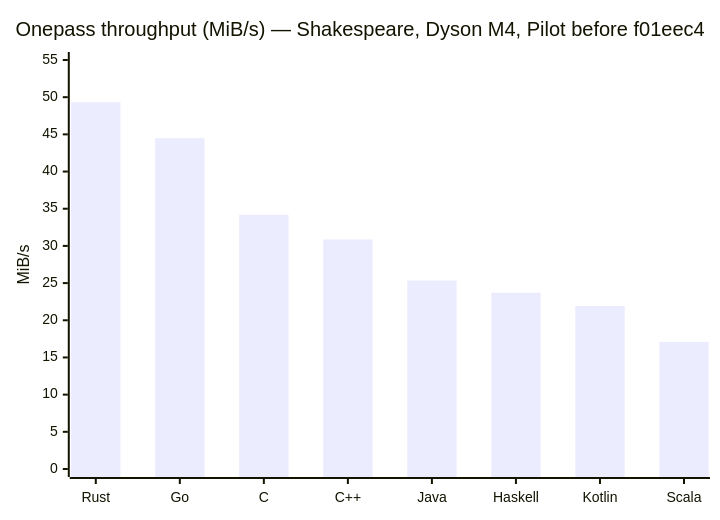
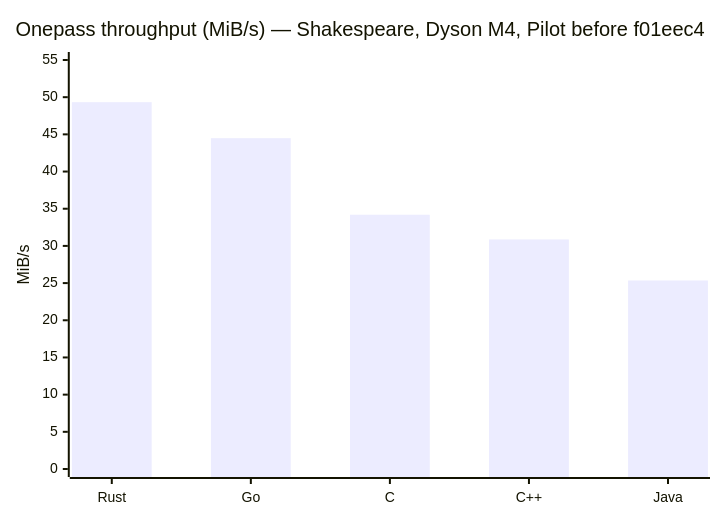
Before and after one commit to darrelllong/Delta-Compression: the third of 10 diagrams in ANALYSIS.md, drawn with Mermaid. The commit also changed other lines of this file and 6 other files, not shown here.

First line of the commit message:
Benchmarks: remove Haskell, Kotlin and Scala

````diff
--- a/ANALYSIS.md
+++ b/ANALYSIS.md
@@ -534,7 +483,7 @@
 ```mermaid
 xychart-beta
     title "Onepass throughput (MiB/s) — Shakespeare, Dyson M4, Pilot before f01eec4"
-    x-axis ["Rust", "Go", "C", "C++", "Java", "Haskell", "Kotlin", "Scala"]
+    x-axis ["Rust", "Go", "C", "C++", "Java"]
     y-axis "MiB/s" 0 --> 55
-    bar [49.33, 44.49, 34.19, 30.87, 25.35, 23.71, 21.93, 17.09]
+    bar [49.33, 44.49, 34.19, 30.87, 25.35]
 ```
````
